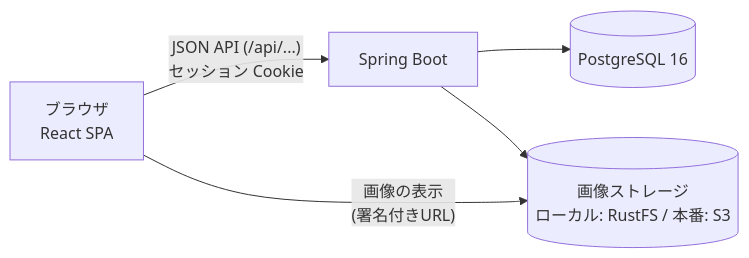
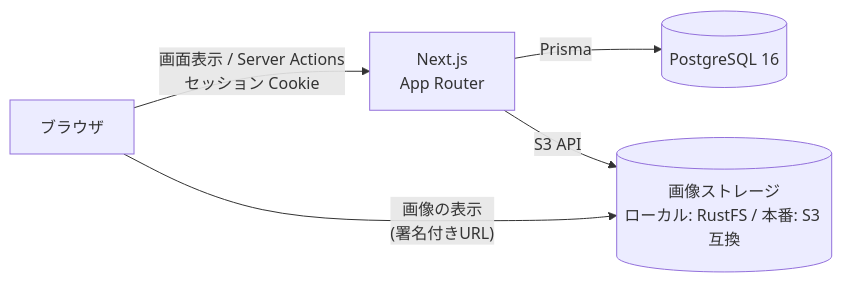
Before and after one commit to simizuryo/recipe-share: the diagram in docs/requirements/05-tech-stack.md, drawn with Mermaid. The commit also changed other lines of this file and 6 other files, not shown here.

````diff
--- a/docs/requirements/05-tech-stack.md
+++ b/docs/requirements/05-tech-stack.md
@@ -9,7 +10,7 @@
 ```mermaid
 flowchart LR
-    B[ブラウザ<br/>React SPA] -- "JSON API (/api/...)<br/>セッション Cookie" --> S[Spring Boot]
-    S --> D[(PostgreSQL 16)]
-    S --> O[(画像ストレージ<br/>ローカル: RustFS / 本番: S3)]
+    B[ブラウザ] -- "画面表示 / Server Actions<br/>セッション Cookie" --> N[Next.js<br/>App Router]
+    N -- Prisma --> D[(PostgreSQL 16)]
+    N -- "S3 API" --> O[(画像ストレージ<br/>ローカル: RustFS / 本番: S3 互換)]
     B -- "画像の表示<br/>(署名付きURL)" --> O
 ```
````
